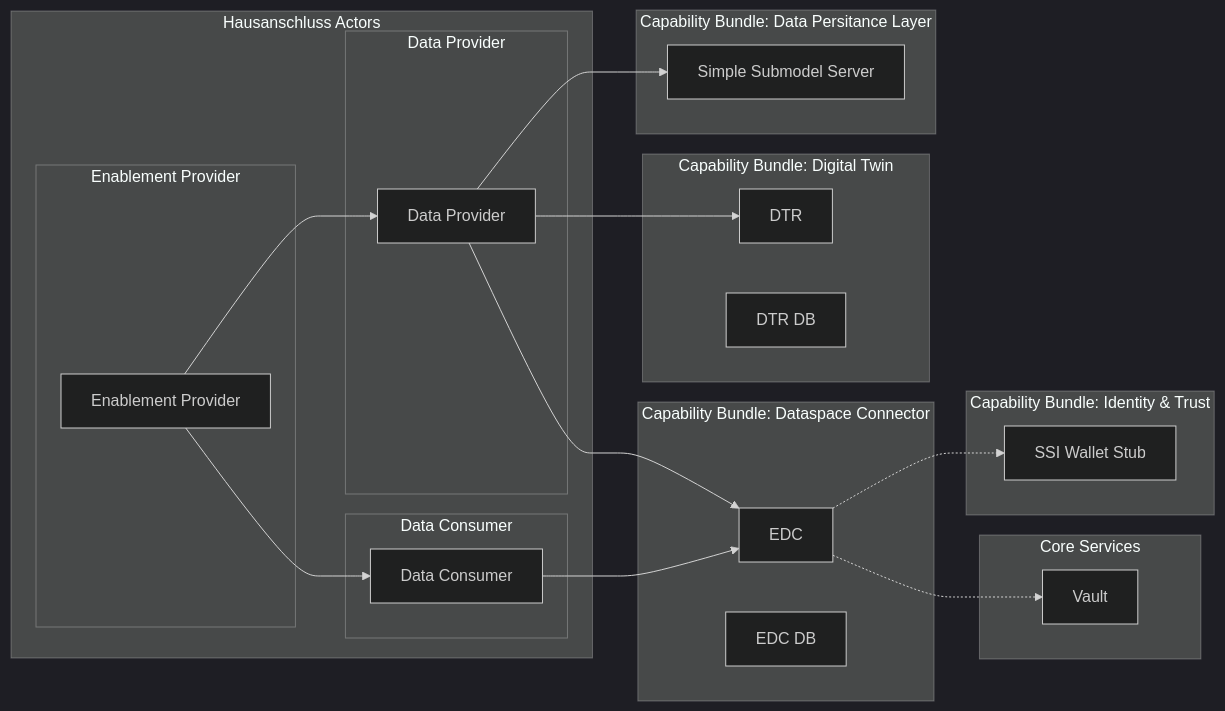
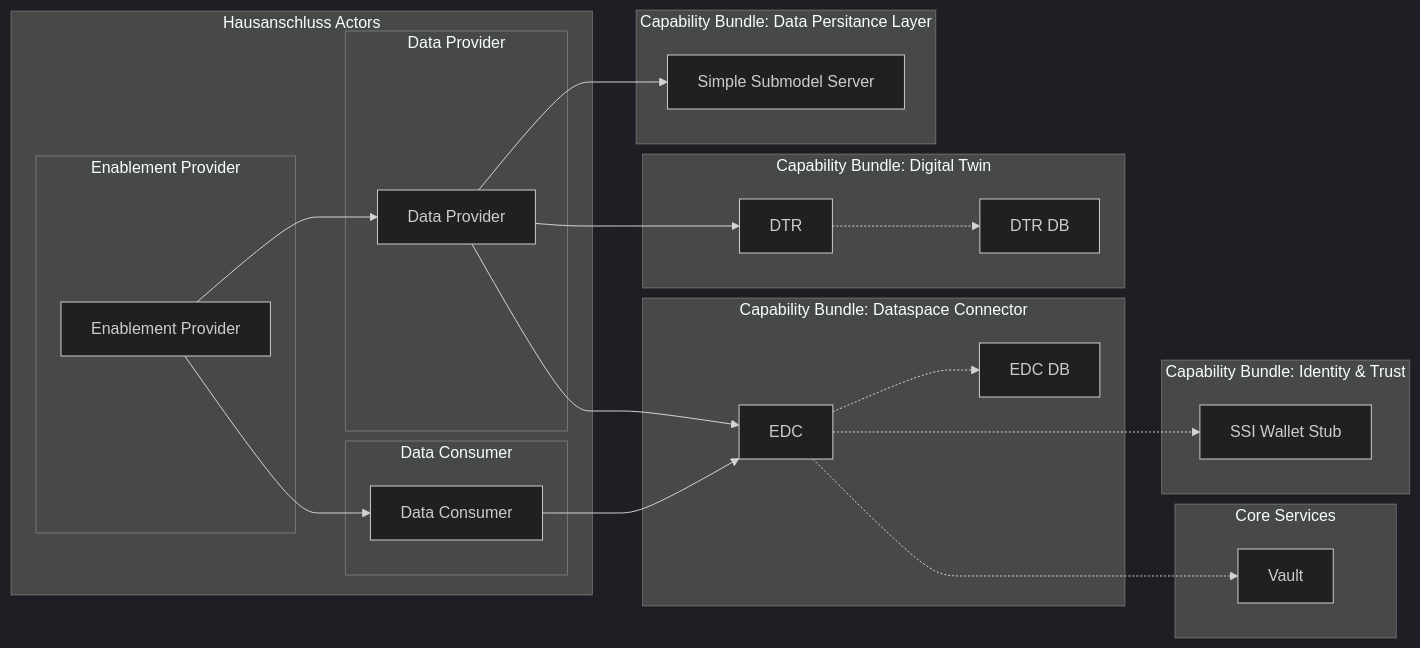
Before and after one commit to eclipse-tractusx/tractus-x-umbrella: the third of 8 diagrams in docs/concept/TAP7.1-solution-design.md, drawn with Mermaid (dark theme). The commit also changed other lines of this file, not shown here.

`````diff
--- a/docs/concept/TAP7.1-solution-design.md
+++ b/docs/concept/TAP7.1-solution-design.md
@@ -304,45 +304,48 @@
 ````mermaid
+%%{init: {"flowchart": {"subGraphTitleMargin": { "bottom": 10}}}}%%
 flowchart LR
-    subgraph "Core Services"
+    subgraph A["Core Services"]
         Vault["Vault"]
     end
 
-    subgraph "Capability Bundle: Identity & Trust"
+    subgraph B["Capability Bundle: Identity & Trust"]
         SSIWalletStub["SSI Wallet Stub"]
     end
 
-    subgraph "Capability Bundle: Dataspace Connector"
+    subgraph C["Capability Bundle: Dataspace Connector"]
         EDC["EDC"]
         EDCDB["EDC DB"]
+        EDC .-> EDCDB
     end
 
     subgraph "Capability Bundle: Digital Twin"
         DTR["DTR"]
         DTRDB["DTR DB"]
+        DTR .-> DTRDB
     end
 
     subgraph "Capability Bundle: Data Persitance Layer"
         SimpleSubmodelServer["Simple Submodel Server"]
     end
 
     subgraph "Hausanschluss Actors"
         subgraph "Data Provider"
             DataProvider["Data Provider"]
         end
         subgraph "Data Consumer"
             DataConsumer["Data Consumer"]
         end
         subgraph "Enablement Provider"
             EnablementProvider["Enablement Provider"]
         end
     end
 
-    EDC -.-> SSIWalletStub
-    EDC -.-> Vault
+    EDC -..-> SSIWalletStub
+    EDC -..-> Vault
     DataProvider --> EDC
     DataProvider --> DTR
     DataProvider --> SimpleSubmodelServer
     DataConsumer --> EDC
     EnablementProvider --> DataConsumer
     EnablementProvider --> DataProvider
 ````
`````
